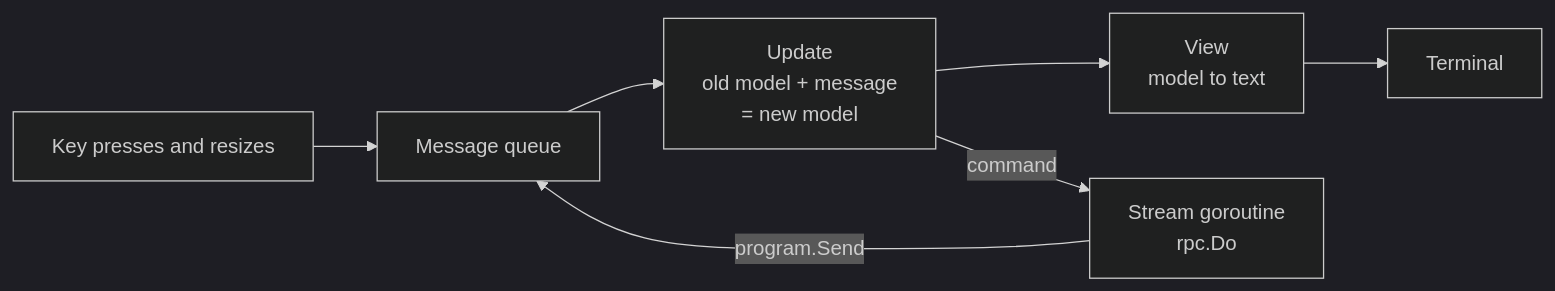
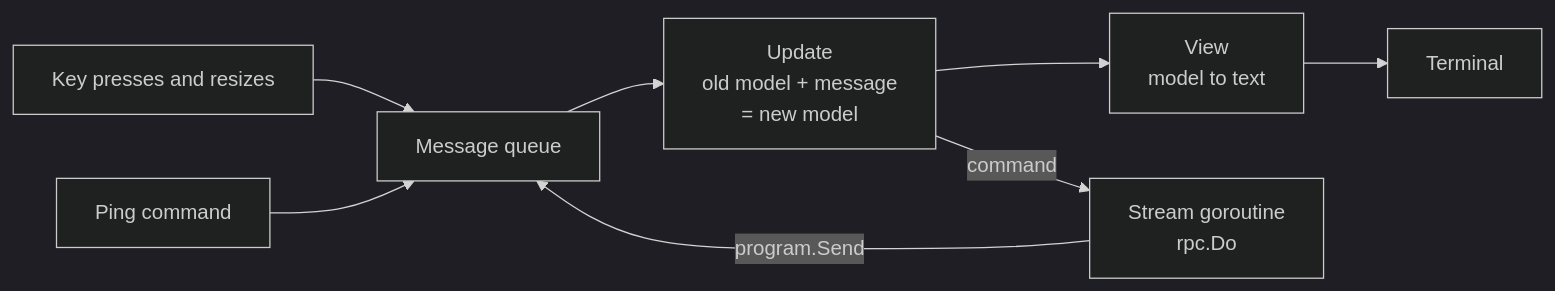
Before and after one commit to aarora79/meru: the first of 2 diagrams in docs/coding-notes/tui.md, drawn with Mermaid (dark theme). The commit also changed other lines of this file and 30 other files, not shown here.

````diff
--- a/docs/coding-notes/tui.md
+++ b/docs/coding-notes/tui.md
@@ -25,9 +53,10 @@
 ```mermaid
 flowchart LR
     keys[Key presses and resizes] --> queue[Message queue]
     stream[Stream goroutine<br/>rpc.Do] -- program.Send --> queue
+    ping[Ping command] --> queue
     queue --> update[Update<br/>old model + message<br/>= new model]
     update --> view[View<br/>model to text]
     view --> screen[Terminal]
     update -- command --> stream
 ```
````
